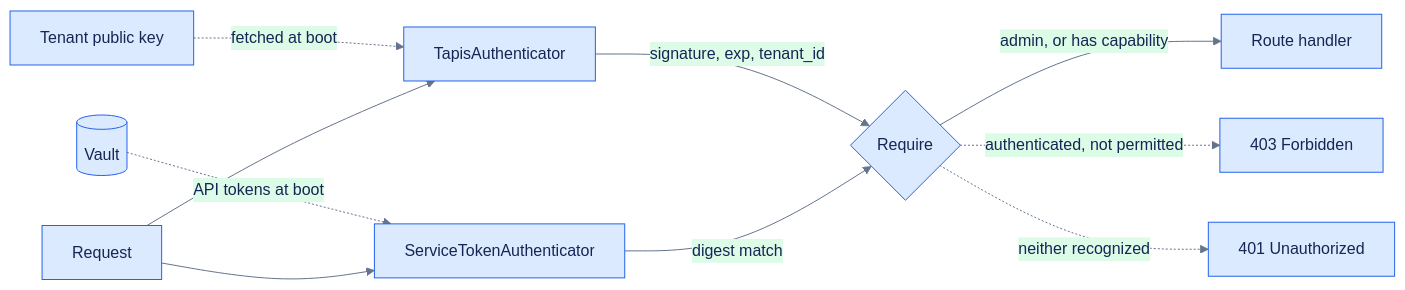
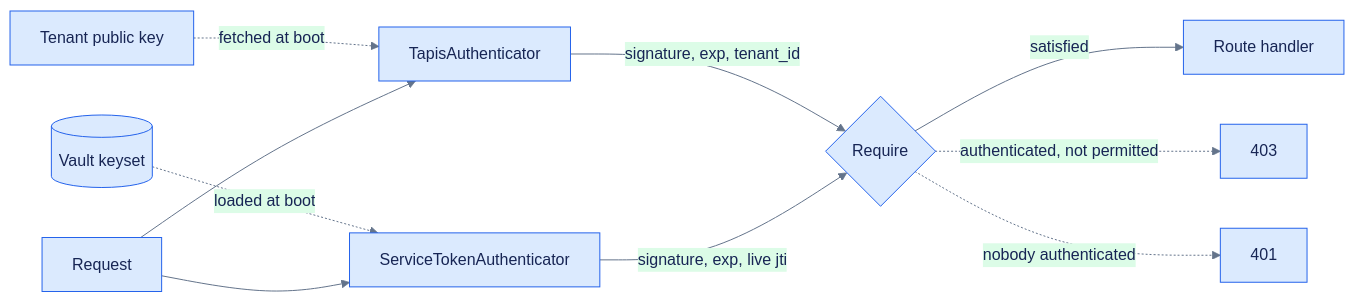
One commit to ICICLE-ai/icicle-insights changed the diagram in docs/api-authentication.md. Above: the diagram before and after it, drawn with Mermaid. The commit also changed other lines of this file and 7 other files, not shown here.

````diff
--- a/docs/api-authentication.md
+++ b/docs/api-authentication.md
@@ -20,13 +18,13 @@
 ```mermaid
-%%{init: {"theme":"base","themeVariables":{"primaryColor":"#DBEAFE","primaryTextColor":"#172554","primaryBorderColor":"#2563EB","secondaryColor":"#DCFCE7","secondaryTextColor":"#14532D","secondaryBorderColor":"#16A34A","tertiaryColor":"#F3E8FF","tertiaryTextColor":"#581C87","tertiaryBorderColor":"#9333EA","lineColor":"#64748B","noteBkgColor":"#FEF3C7","noteTextColor":"#78350F"}}}%%
+%%{init: {"theme":"base","themeVariables":{"primaryColor":"#DBEAFE","primaryTextColor":"#172554","primaryBorderColor":"#2563EB","secondaryColor":"#DCFCE7","secondaryTextColor":"#14532D","secondaryBorderColor":"#16A34A","tertiaryColor":"#F3E8FF","tertiaryTextColor":"#581C87","tertiaryBorderColor":"#9333EA","lineColor":"#64748B"}}}%%
 flowchart LR
     K[Tenant public key] -.->|fetched at boot| A
-    V[(Vault)] -.->|API tokens at boot| S
+    V[(Vault keyset)] -.->|loaded at boot| S
     R[Request] --> A[TapisAuthenticator]
     R --> S[ServiceTokenAuthenticator]
     A -->|signature, exp, tenant_id| RQ{Require}
-    S -->|digest match| RQ
-    RQ -->|admin, or has capability| H[Route handler]
-    RQ -.->|authenticated, not permitted| E403[403 Forbidden]
-    RQ -.->|neither recognized| E401[401 Unauthorized]
+    S -->|signature, exp, live jti| RQ
+    RQ -->|satisfied| H[Route handler]
+    RQ -.->|authenticated, not permitted| E403[403]
+    RQ -.->|nobody authenticated| E401[401]
 ```
````
